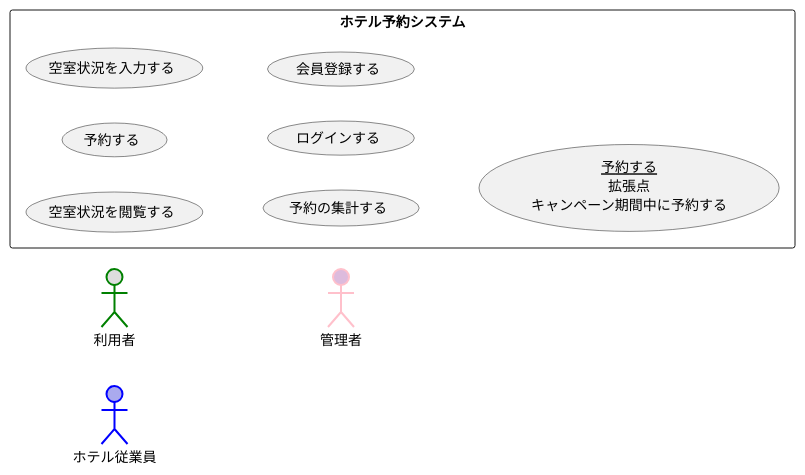
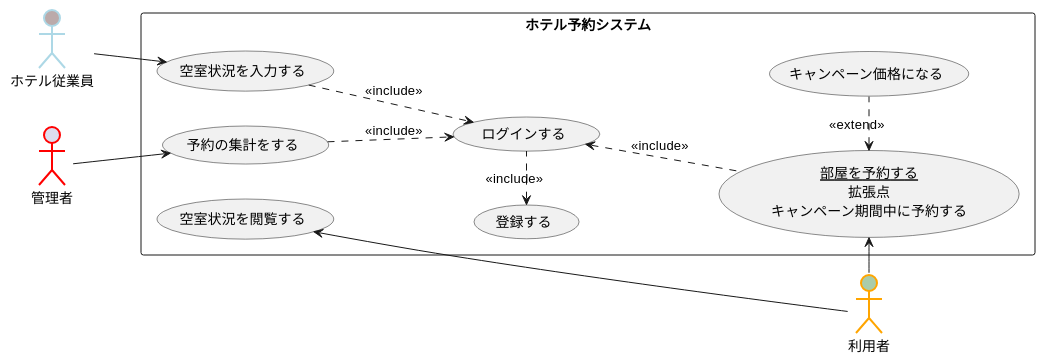
The diagram in 演習2-8_UC_ホテル予約システム.pu (sakamotoshuri/uml_introduction), drawn with PlantUML before and after one commit.

Commit message:
修正

```diff
--- a/演習2-8_UC_ホテル予約システム.pu
+++ b/演習2-8_UC_ホテル予約システム.pu
@@ -1,17 +1,24 @@
 @startuml 演習
 left to right direction
-actor 利用者 #DDD;line:Green;line.bold;
-actor ホテル従業員 #AAE;line:Blue;line.bold;
-actor 管理者 #DBD;line:Pink;line.bold;
-rectangle ホテル予約システム {
+actor 利用者 #AcA;line:Orange;line.bold;
+actor ホテル従業員 #BAA;line:LightBlue;line.bold;
+actor 管理者 #DDE;line:Red;line.bold;
+rectangle ホテル予約システム{
 usecase 空室状況を閲覧する
-usecase 予約する
+usecase (<u>部屋を予約する</u>\n拡張点\nキャンペーン期間中に予約する) as input
 usecase 空室状況を入力する
-usecase 予約の集計する
+usecase 予約の集計をする
 usecase ログインする
-usecase 会員登録する
-usecase (<u>予約する</u>\n拡張点\nキャンペーン期間中に予約する) as input
+usecase 登録する
+usecase キャンペーン価格になる
 }
-
-
+input <. (キャンペーン価格になる) : <<extend>>
+ログインする <-. input : << include >>
+input <- 利用者
+登録する <. ログインする : <<include>>
+利用者 -> 空室状況を閲覧する
+ホテル従業員 --> 空室状況を入力する
+管理者 --> 予約の集計をする
+空室状況を入力する ..> ログインする : <<include>>
+予約の集計をする ..> ログインする : <<include>>
 @enduml
```
